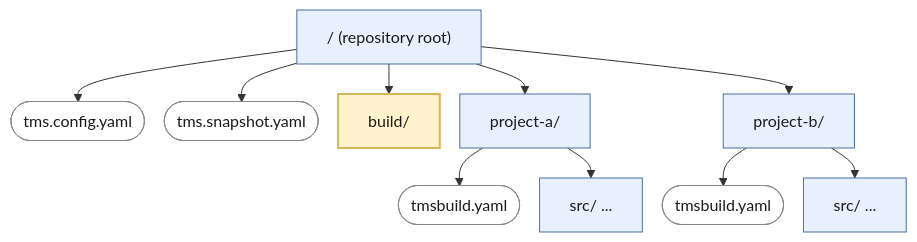
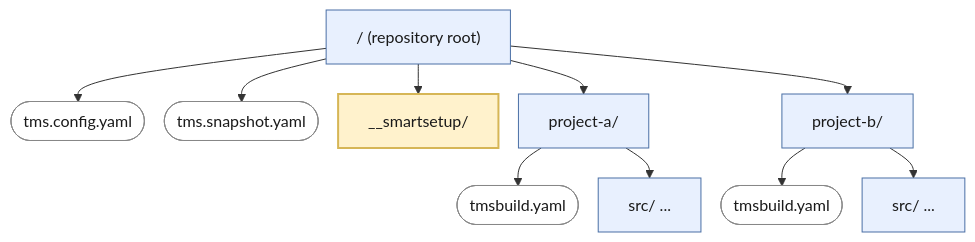
One commit to tmssoftware/smartsetup changed the first of 3 diagrams in doc/source/guide/continuous-integration.md. Above: the diagram before and after it, drawn with Mermaid. The commit also changed other lines of this file and 1 other file, not shown here.

Commit message:
grammar-checed the continuous integration doc. Changed the suggested folder to be "__smartsetup" instead of "build"

````diff
--- a/doc/source/guide/continuous-integration.md
+++ b/doc/source/guide/continuous-integration.md
@@ -45,20 +45,20 @@
 ```mermaid
 %%{init: {"flowchart": {"nodeSpacing": 20, "rankSpacing": 30}}}%%
 graph TD
     Root["/ (repository root)"] --> Config(["tms.config.yaml"])
     Root --> Snapshot(["tms.snapshot.yaml"])
-    Root --> Build["build/"]
+    Root --> Build["__smartsetup/"]
     Root --> ProjectA["project-a/"]
     Root --> ProjectB["project-b/"]
     ProjectA --> BuildA(["tmsbuild.yaml"])
     ProjectA --> SrcA["src/ ..."]
     ProjectB --> BuildB(["tmsbuild.yaml"])
     ProjectB --> SrcB["src/ ..."]
 
     classDef folder fill:#e8f0fe,stroke:#4a6fa5,color:#1a1a1a
     classDef file fill:#ffffff,stroke:#888,color:#1a1a1a
     classDef buildFolder fill:#fff2cc,stroke:#d6b656,color:#1a1a1a,stroke-width:2px
     class Root,ProjectA,ProjectB,SrcA,SrcB folder
     class Config,Snapshot,BuildA,BuildB file
     class Build buildFolder
 ```
````
